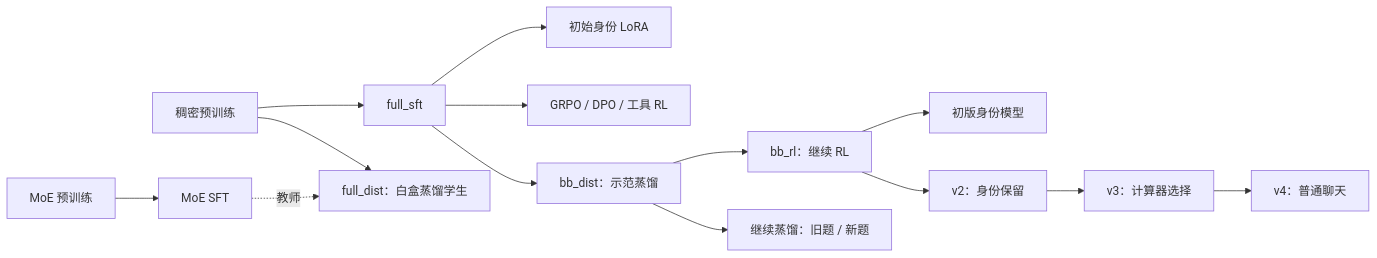
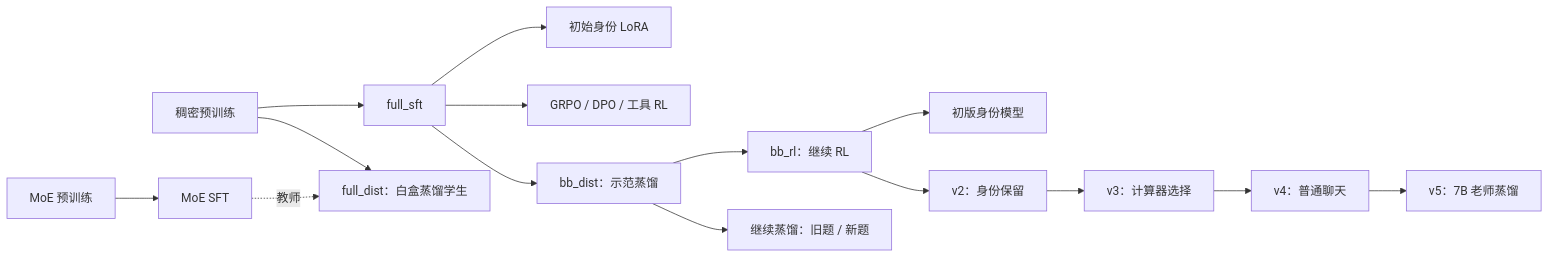
The diagram in README.zh-CN.md (lyy431/minimind-training-eval), drawn with Mermaid before and after one commit. The commit also changed other lines of this file and 193 other files, not shown here.

````diff
--- a/README.zh-CN.md
+++ b/README.zh-CN.md
@@ -178,16 +200,17 @@
 ```mermaid
 flowchart LR
     P[稠密预训练] --> S[full_sft]
     S --> I[初始身份 LoRA]
     S --> G[GRPO / DPO / 工具 RL]
     S --> D[bb_dist：示范蒸馏]
     D --> R[bb_rl：继续 RL]
     D --> C[继续蒸馏：旧题 / 新题]
     R --> V1[初版身份模型]
     R --> V2[v2：身份保留]
     V2 --> V3[v3：计算器选择]
     V3 --> V4[v4：普通聊天]
+    V4 --> V5[v5：7B 老师蒸馏]
     MP[MoE 预训练] --> M[MoE SFT]
     P --> W[full_dist：白盒蒸馏学生]
     M -. 教师 .-> W
 ```
````
